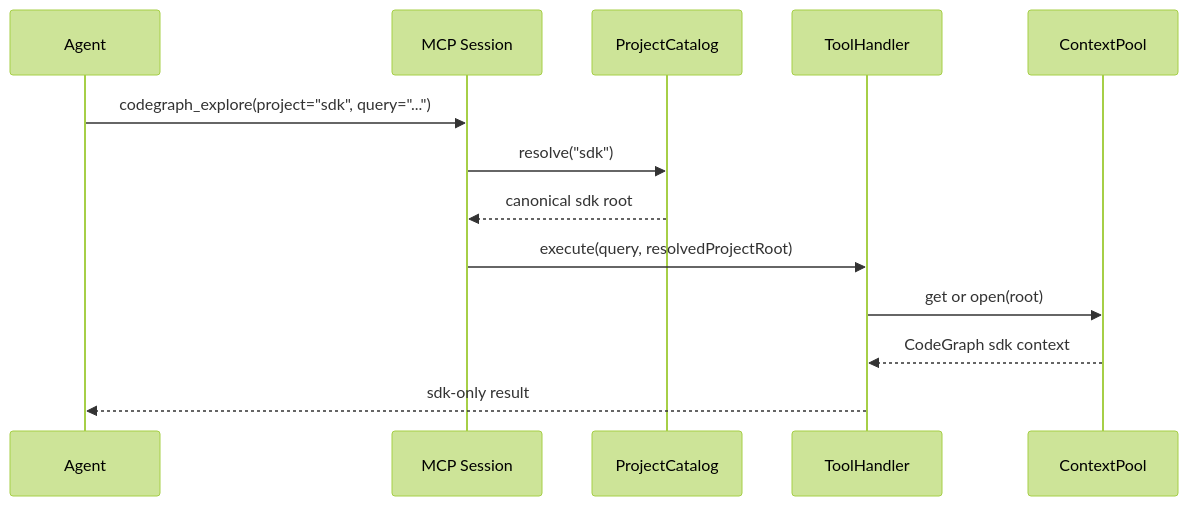
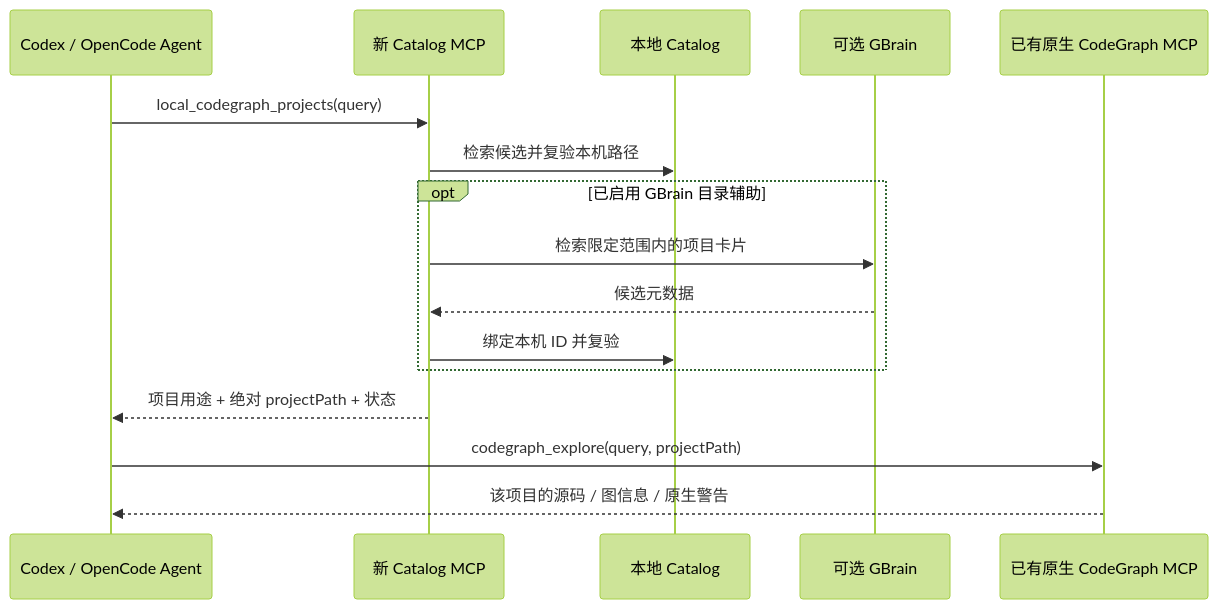
Before and after one commit to cuizhennan/cuizhennan.github.io: the diagram in docs/obsidian/tech-knowledge/CodeGraph 多项目上下文目录设计规范.md, drawn with Mermaid (forest theme). The commit also changed other lines of this file and 7 other files, not shown here.

````diff
--- a/docs/obsidian/tech-knowledge/CodeGraph 多项目上下文目录设计规范.md
+++ b/docs/obsidian/tech-knowledge/CodeGraph 多项目上下文目录设计规范.md
@@ -277,16 +49,18 @@
 ```mermaid
 sequenceDiagram
-    participant A as Agent
-    participant S as MCP Session
-    participant C as ProjectCatalog
-    participant T as ToolHandler
-    participant P as ContextPool
-
-    A->>S: codegraph_explore(project="sdk", query="...")
-    S->>C: resolve("sdk")
-    C-->>S: canonical sdk root
-    S->>T: execute(query, resolvedProjectRoot)
-    T->>P: get or open(root)
-    P-->>T: CodeGraph sdk context
-    T-->>A: sdk-only result
+    participant A as Codex / OpenCode Agent
+    participant C as 新 Catalog MCP
+    participant L as 本地 Catalog
+    participant G as 可选 GBrain
+    participant O as 已有原生 CodeGraph MCP
+    A->>C: local_codegraph_projects(query)
+    C->>L: 检索候选并复验本机路径
+    opt 已启用 GBrain 目录辅助
+        C->>G: 检索限定范围内的项目卡片
+        G-->>C: 候选元数据
+        C->>L: 绑定本机 ID 并复验
+    end
+    C-->>A: 项目用途 + 绝对 projectPath + 状态
+    A->>O: codegraph_explore(query, projectPath)
+    O-->>A: 该项目的源码 / 图信息 / 原生警告
 ```
````
